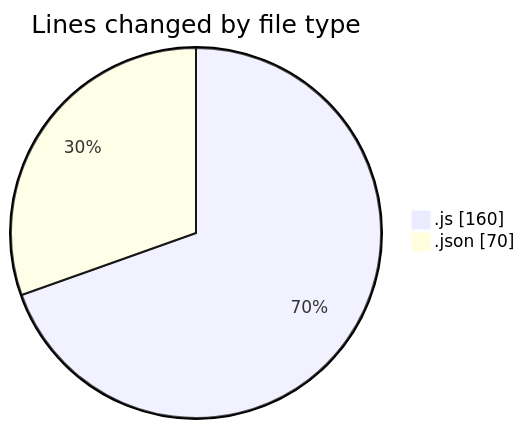
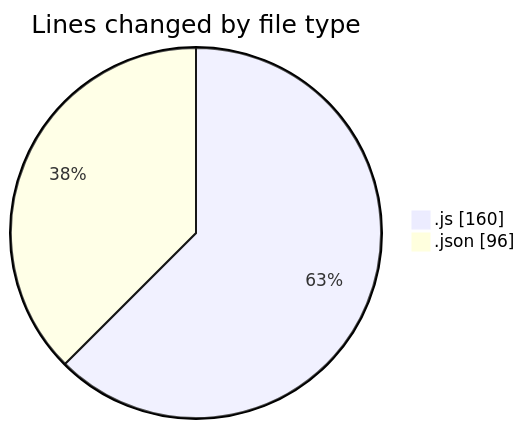
Before and after one commit to BS-eng2023/code-tracking: the first of 2 diagrams in 2025-03-24/aufgabe_250321/README.md, drawn with Mermaid. The commit also changed other lines of this file and 1 other file, not shown here.

````diff
--- a/2025-03-24/aufgabe_250321/README.md
+++ b/2025-03-24/aufgabe_250321/README.md
@@ -23,6 +23,6 @@
 ```mermaid
 pie showData
 title Lines changed by file type
 ".js" : 160
-".json" : 70
+".json" : 96
 ```
````
